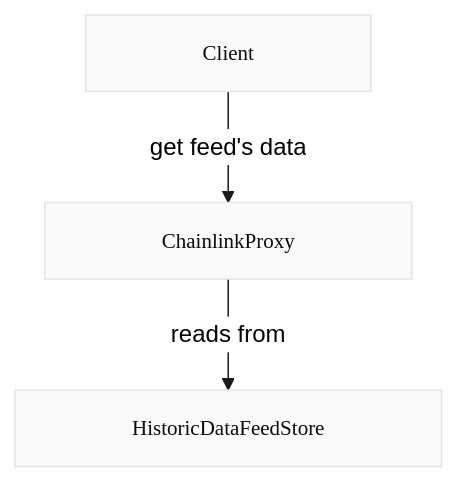
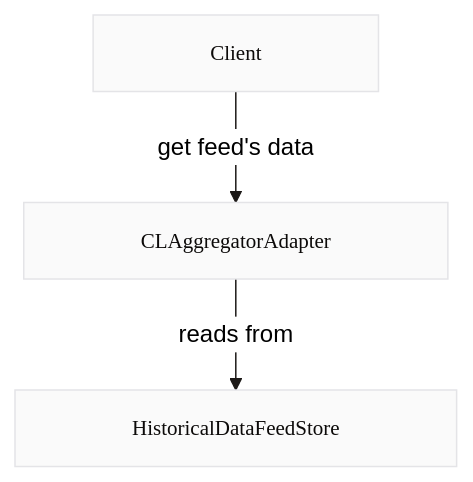
One commit to blocksense-network/blocksense-infra-test changed the diagram in apps/docs.blocksense.network/pages/docs/contracts/integration-guide/using-data-feeds/chainlink-proxy.mdx. Above: the diagram before and after it, drawn with Mermaid. The commit also changed other lines of this file and 8 other files, not shown here.

````diff
--- a/apps/docs.blocksense.network/pages/docs/contracts/integration-guide/using-data-feeds/chainlink-proxy.mdx
+++ b/apps/docs.blocksense.network/pages/docs/contracts/integration-guide/using-data-feeds/chainlink-proxy.mdx
@@ -15,26 +15,26 @@
 ```mermaid
 ---
 config:
     rightAngles: true
     theme: neutral
     primaryColor: "#d0d0d0"
     signalColor: "FF0000"
     signalTextColor: "#808080"
 ---
 flowchart TD
   classDef clientNode fill:#fafafa,color:#0c0a09,stroke:#e4e4e7,stroke-width:1px,shadow:2px 2px 5px #888888, display:block, padding:0rem 3rem, font-size: 0.875rem, font-family:'Fira Code', monospace;
   classDef proxyNode,dataNode fill:#fafafa,color:#0c0a09,stroke:#e4e4e7,stroke-width:1px,shadow:2px 2px 5px #888888, display:block, padding:0rem 3rem, font-size: 0.875rem, font-family:'Fira Code', monospace;
   classDef proxyNode:hover,dataNode:hover fill:#fafafa,color:#0000EE,stroke:#e4e4e7,stroke-width:1px,shadow:2px 2px 5px #888888, display:block, padding:0rem 3rem, font-size: 0.875rem, font-family:'Fira Code', monospace, text-decoration: underline, text-underline-offset: 4px;
 
   linkStyle default fill:none,stroke-width:1px,stroke:#1c1917
 
-  A[Client] -->|get feed's data| CP[ChainlinkProxy]
-  CP -->|reads from| DFS[HistoricDataFeedStore]
+  A[Client] -->|get feed's data| CP[CLAggregatorAdapter]
+  CP -->|reads from| DFS[HistoricalDataFeedStore]
 
-  click CP "/docs/contracts/reference-documentation/ChainlinkProxy" "Go to ChainlinkProxy"
-  click DFS "/docs/contracts/reference-documentation/HistoricDataFeedStoreV2" "Go to HistoricDataFeedStoreV2"
+  click CP "/docs/contracts/reference-documentation/CLAggregatorAdapter" "Go to CLAggregatorAdapter"
+  click DFS "/docs/contracts/reference-documentation/HistoricalDataFeedStoreV2" "Go to HistoricalDataFeedStoreV2"
 
   class A clientNode
   class CP proxyNode
   class DFS dataNode
 ```
````
